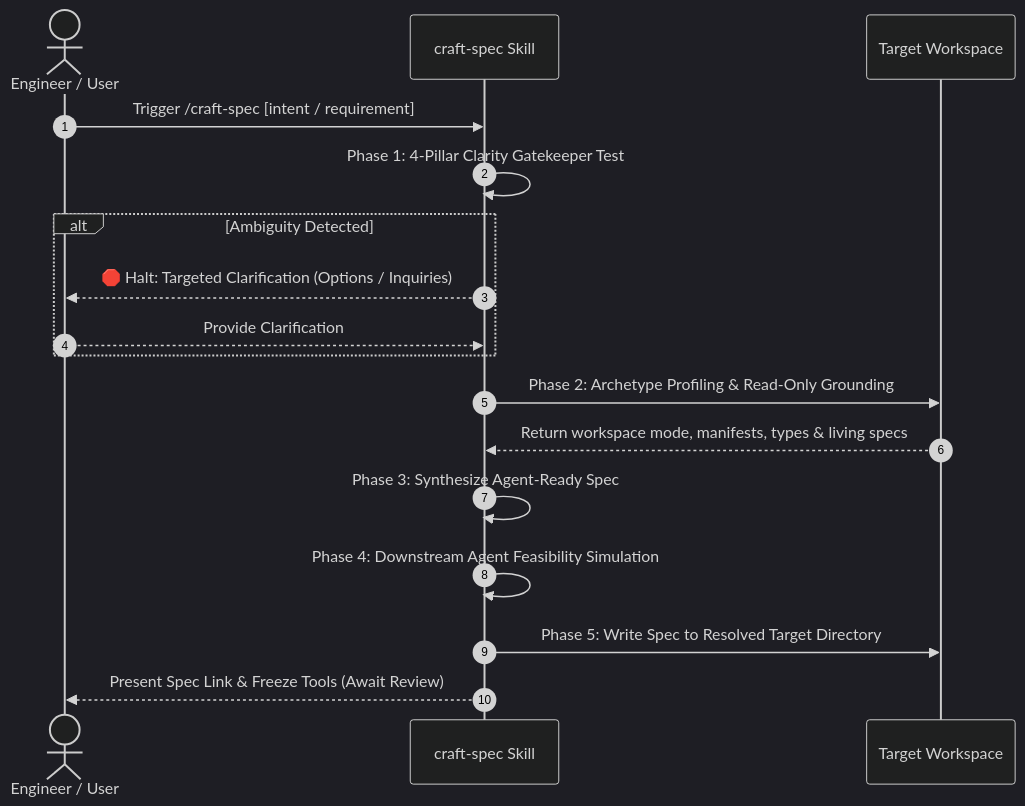
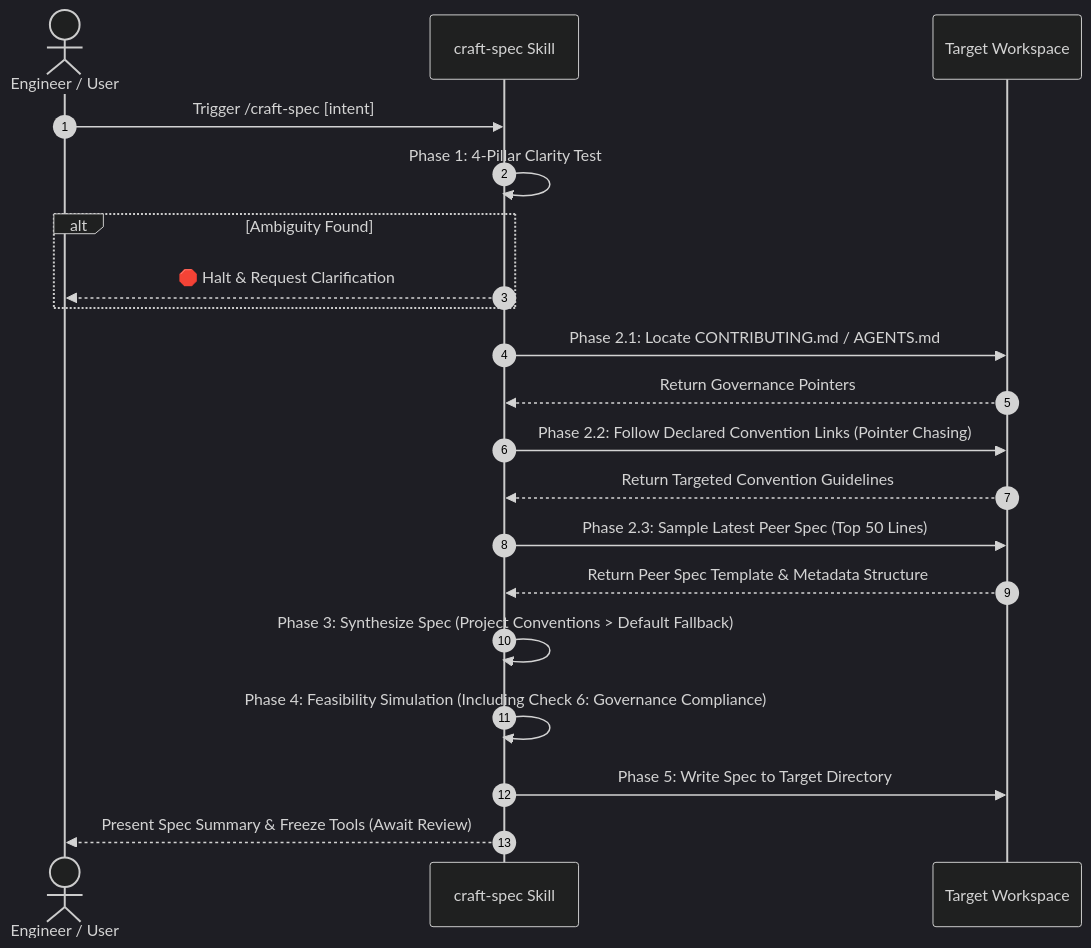
The second of 2 diagrams in skills/craft-spec/SKILL.md (josudoey/skills), drawn with Mermaid (dark theme) before and after one commit. The commit also changed other lines of this file and 2 other files, not shown here.

Commit message:
feat(craft-spec): ground dynamic governance and contributing conventions

````diff
--- a/skills/craft-spec/SKILL.md
+++ b/skills/craft-spec/SKILL.md
@@ -74,20 +75,23 @@
 ```mermaid
 sequenceDiagram
     autonumber
-    actor User as Engineer / User
+    actor Engineer as Engineer / User
     participant Craft as craft-spec Skill
     participant Repo as Target Workspace
 
-    User->>Craft: Trigger /craft-spec [intent / requirement]
-    Craft->>Craft: Phase 1: 4-Pillar Clarity Gatekeeper Test
-    alt Ambiguity Detected
-        Craft-->>User: 🛑 Halt: Targeted Clarification (Options / Inquiries)
-        User-->>Craft: Provide Clarification
+    Engineer->>Craft: Trigger /craft-spec [intent]
+    Craft->>Craft: Phase 1: 4-Pillar Clarity Test
+    alt Ambiguity Found
+        Craft-->>Engineer: 🛑 Halt & Request Clarification
     end
-    Craft->>Repo: Phase 2: Archetype Profiling & Read-Only Grounding
-    Repo-->>Craft: Return workspace mode, manifests, types & living specs
-    Craft->>Craft: Phase 3: Synthesize Agent-Ready Spec
-    Craft->>Craft: Phase 4: Downstream Agent Feasibility Simulation
-    Craft->>Repo: Phase 5: Write Spec to Resolved Target Directory
-    Craft-->>User: Present Spec Link & Freeze Tools (Await Review)
+    Craft->>Repo: Phase 2.1: Locate CONTRIBUTING.md / AGENTS.md
+    Repo-->>Craft: Return Governance Pointers
+    Craft->>Repo: Phase 2.2: Follow Declared Convention Links (Pointer Chasing)
+    Repo-->>Craft: Return Targeted Convention Guidelines
+    Craft->>Repo: Phase 2.3: Sample Latest Peer Spec (Top 50 Lines)
+    Repo-->>Craft: Return Peer Spec Template & Metadata Structure
+    Craft->>Craft: Phase 3: Synthesize Spec (Project Conventions > Default Fallback)
+    Craft->>Craft: Phase 4: Feasibility Simulation (Including Check 6: Governance Compliance)
+    Craft->>Repo: Phase 5: Write Spec to Target Directory
+    Craft-->>Engineer: Present Spec Summary & Freeze Tools (Await Review)
 ```
````
